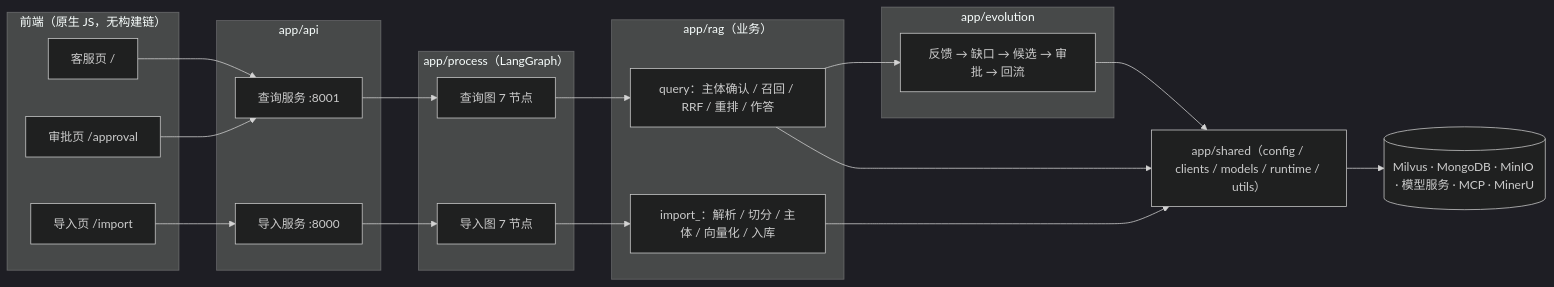
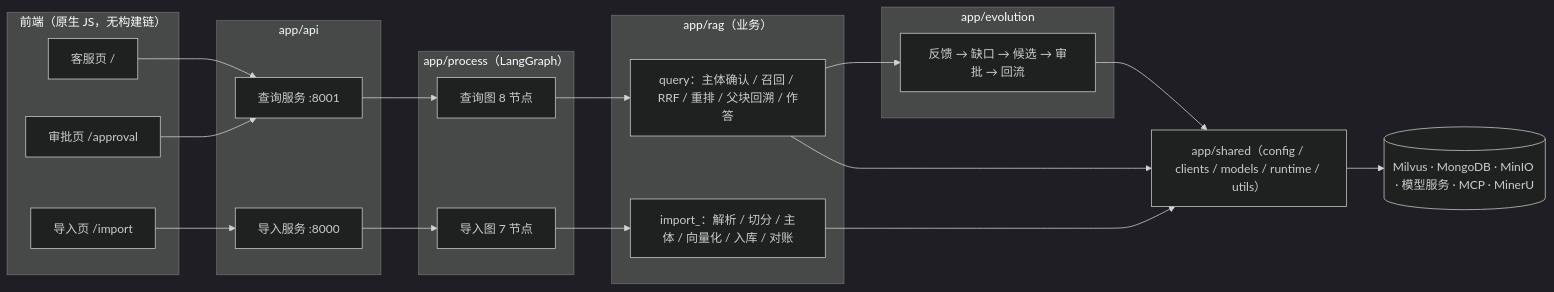
Before and after one commit to LZX842056112/se_rag: the diagram in README.md, drawn with Mermaid (dark theme). The commit also changed other lines of this file and 1 other file, not shown here.

````diff
--- a/README.md
+++ b/README.md
@@ -55,34 +57,34 @@
 ```mermaid
 flowchart LR
     subgraph FE["前端（原生 JS，无构建链）"]
         UI1["客服页 /"]
         UI2["审批页 /approval"]
         UI3["导入页 /import"]
     end
     subgraph API["app/api"]
         QS["查询服务 :8001"]
         IS["导入服务 :8000"]
     end
     subgraph PROC["app/process（LangGraph）"]
-        QG["查询图 7 节点"]
+        QG["查询图 8 节点"]
         IG["导入图 7 节点"]
     end
     subgraph RAG["app/rag（业务）"]
-        RQ["query：主体确认 / 召回 / RRF / 重排 / 作答"]
-        RI["import_：解析 / 切分 / 主体 / 向量化 / 入库"]
+        RQ["query：主体确认 / 召回 / RRF / 重排 / 父块回溯 / 作答"]
+        RI["import_：解析 / 切分 / 主体 / 向量化 / 入库 / 对账"]
     end
     subgraph EVO["app/evolution"]
         LOOP["反馈 → 缺口 → 候选 → 审批 → 回流"]
     end
     SH["app/shared（config / clients / models / runtime / utils）"]
     EXT[("Milvus · MongoDB · MinIO · 模型服务 · MCP · MinerU")]
     UI1 --> QS
     UI2 --> QS
     UI3 --> IS
     QS --> QG --> RQ --> LOOP
     IS --> IG --> RI
     RQ --> SH
     RI --> SH
     LOOP --> SH
     SH --> EXT
 ```
````
